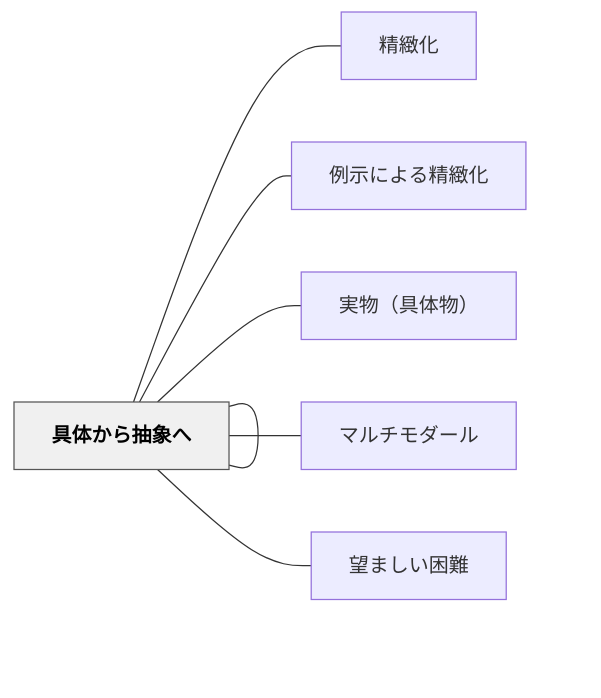
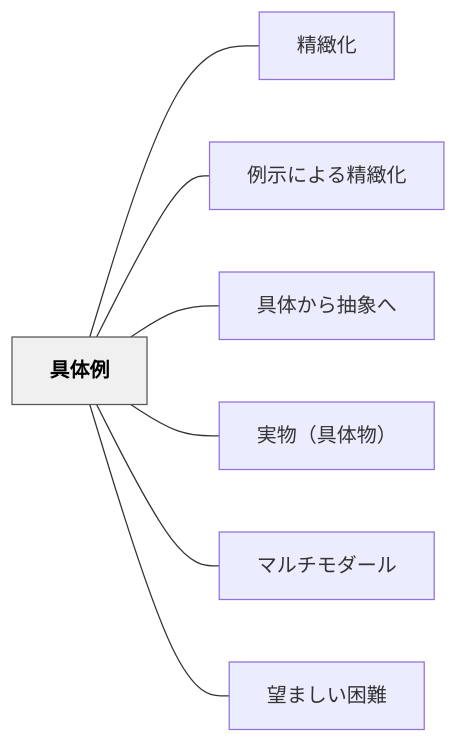
Before and after one commit to unknownthings-ed-patterns/unknownthings-ed-patterns: the diagram in content/パタン/具体例.md, drawn with Mermaid. The commit also changed 527 other files, not shown here.

````diff
--- a/content/パタン/具体例.md
+++ b/content/パタン/具体例.md
@@ -135,20 +135,20 @@
 ```mermaid
 flowchart LR
-    ne585b7e4bd93["具体例"]
-    ne7b2bee7b7bb["精緻化"]
-    ne4be8be7a4ba["例示による精緻化"]
-    ne585b7e4bd93["具体から抽象へ"]
-    ne5ae9fe789a9["実物（具体物）"]
-    ne3839ee383ab["マルチモダール"]
-    ne69c9be381be["望ましい困難"]
+    ne585b7e4bd93e4be8b["具体例"]
+    ne7b2bee7b7bbe58c96["精緻化"]
+    ne4be8be7a4bae381abe38288e3828be7b2bee7b7bbe58c96["例示による精緻化"]
+    ne585b7e4bd93e3818be38289e68abde8b1a1e381b8["具体から抽象へ"]
+    ne5ae9fe789a9efbc88e585b7e4bd93e789a9efbc89["実物（具体物）"]
+    ne3839ee383abe38381e383a2e38380e383bce383ab["マルチモダール"]
+    ne69c9be381bee38197e38184e59bb0e99ba3["望ましい困難"]
 
-    ne585b7e4bd93 --- ne7b2bee7b7bb
-    ne585b7e4bd93 --- ne4be8be7a4ba
-    ne585b7e4bd93 --- ne585b7e4bd93
-    ne585b7e4bd93 --- ne5ae9fe789a9
-    ne585b7e4bd93 --- ne3839ee383ab
-    ne585b7e4bd93 --- ne69c9be381be
+    ne585b7e4bd93e4be8b --- ne7b2bee7b7bbe58c96
+    ne585b7e4bd93e4be8b --- ne4be8be7a4bae381abe38288e3828be7b2bee7b7bbe58c96
+    ne585b7e4bd93e4be8b --- ne585b7e4bd93e3818be38289e68abde8b1a1e381b8
+    ne585b7e4bd93e4be8b --- ne5ae9fe789a9efbc88e585b7e4bd93e789a9efbc89
+    ne585b7e4bd93e4be8b --- ne3839ee383abe38381e383a2e38380e383bce383ab
+    ne585b7e4bd93e4be8b --- ne69c9be381bee38197e38184e59bb0e99ba3
 
     classDef hub fill:#f0f0f0,stroke:#555,color:#000,font-weight:bold
-    class ne585b7e4bd93 hub
+    class ne585b7e4bd93e4be8b hub
 ```
````
